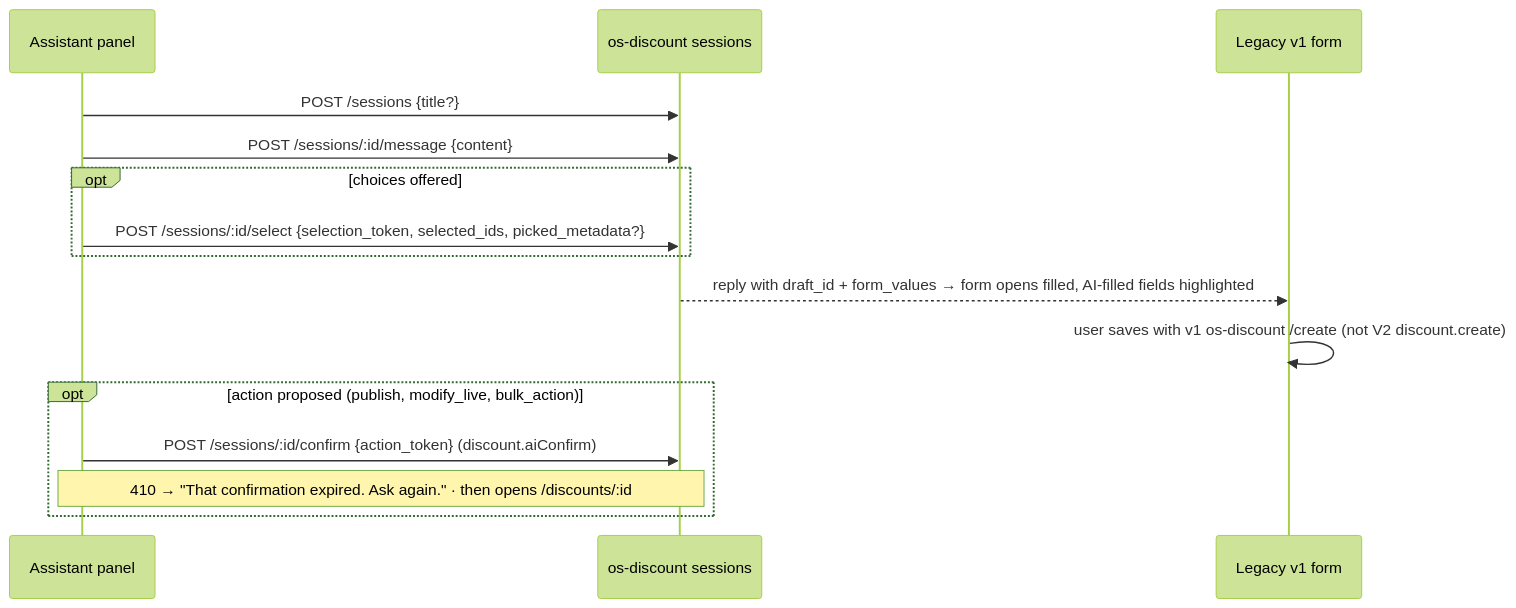
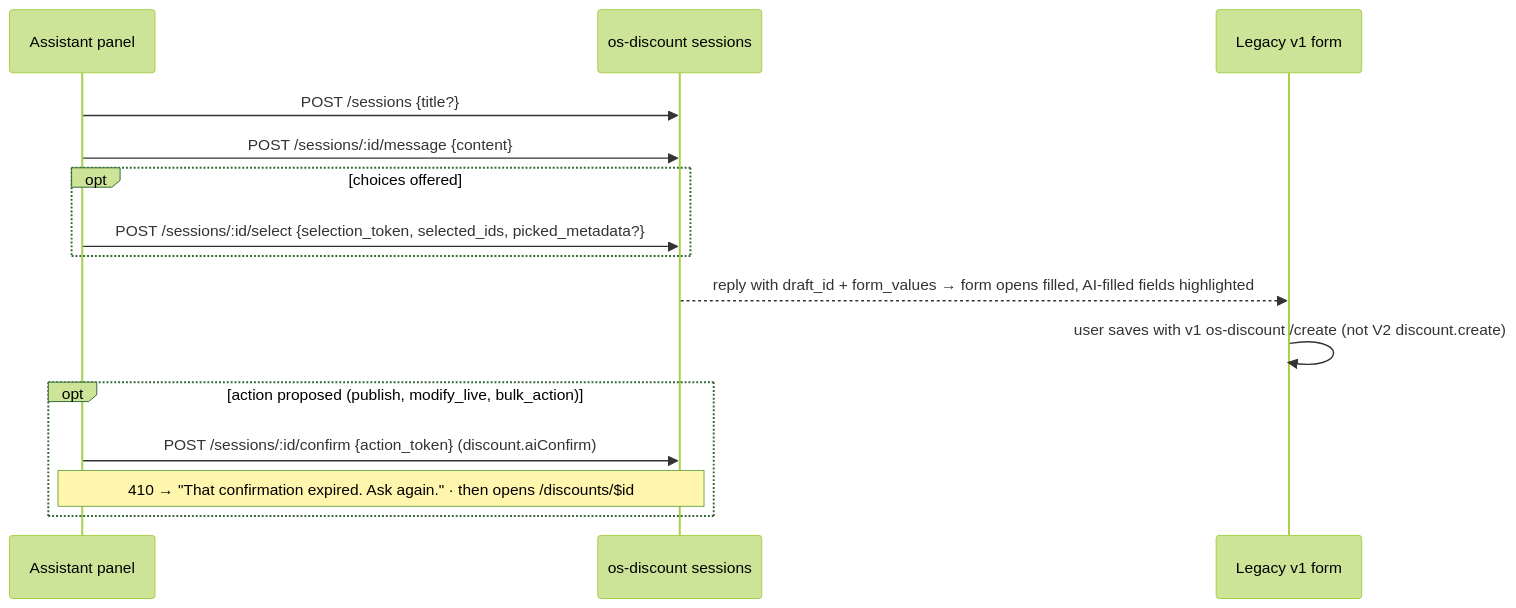
The diagram in docs/architecture/commands/defs/discounts.md (ashishkumar1-fe/new-gk-pages), drawn with Mermaid (forest theme) before and after one commit. The commit also changed other lines of this file and 45 other files, not shown here.

````diff
--- a/docs/architecture/commands/defs/discounts.md
+++ b/docs/architecture/commands/defs/discounts.md
@@ -36,17 +36,17 @@
 ```mermaid
 sequenceDiagram
   participant A as Assistant panel
   participant S as os-discount sessions
   participant F as Legacy v1 form
   A->>S: POST /sessions {title?}
   A->>S: POST /sessions/:id/message {content}
   opt choices offered
     A->>S: POST /sessions/:id/select {selection_token, selected_ids, picked_metadata?}
   end
   S-->>F: reply with draft_id + form_values → form opens filled, AI-filled fields highlighted
   F->>F: user saves with v1 os-discount /create (not V2 discount.create)
   opt action proposed (publish, modify_live, bulk_action)
     A->>S: POST /sessions/:id/confirm {action_token} (discount.aiConfirm)
-    Note over A,S: 410 → "That confirmation expired. Ask again." · then opens /discounts/:id
+    Note over A,S: 410 → "That confirmation expired. Ask again." · then opens /discounts/$id
   end
 ```
````
